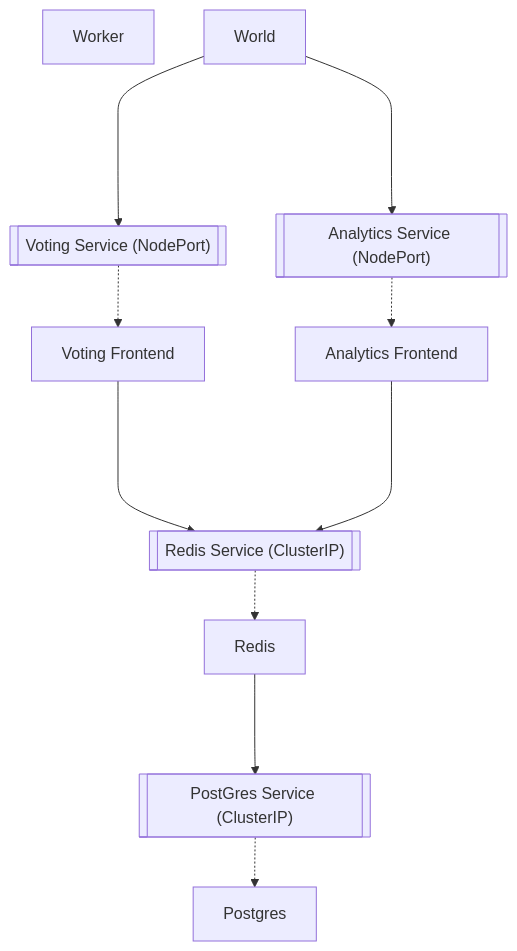
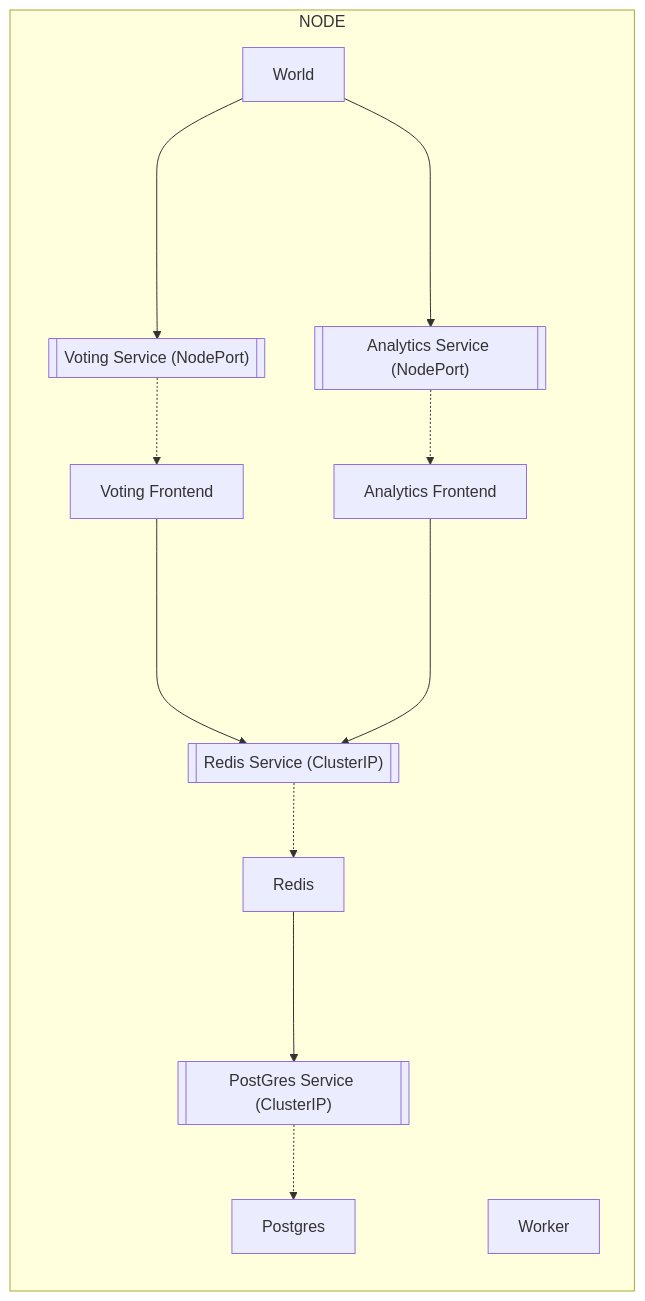
Before and after one commit to imagineLife/big-site: the diagram in content/k8s/from-docker-to-k8s.md, drawn with Mermaid. The commit also changed other lines of this file, not shown here.

````diff
--- a/content/k8s/from-docker-to-k8s.md
+++ b/content/k8s/from-docker-to-k8s.md
@@ -125,38 +125,44 @@
 ```mermaid
 flowchart
   direction TB
   
   
   %%  
   %% NODES
   %% 
   FEPOD["Voting Frontend"]
   RDPOD["Redis"]
   WKPOD["Worker"]
   DBPOD["Postgres"]
   F2POD["Analytics Frontend"]
   WRLD["World"]
 
   %%  
   %% Services
   %% 
   PGS[["PostGres Service (ClusterIP)"]]
   RDS[["Redis Service (ClusterIP)"]]
   RSS[["Analytics Service (NodePort)"]]
   VTS[["Voting Service (NodePort)"]]
 
-  WRLD ----> VTS
-  WRLD ----> RSS
 
-  VTS -.-> FEPOD
-  RSS -.-> F2POD
+  subgraph NODE
+    direction TB
+    WRLD ----> VTS
+    WRLD ----> RSS
 
-  FEPOD ----> RDS
-  F2POD ----> RDS
+    VTS -.-> FEPOD
+    RSS -.-> F2POD
 
-  RDS -.-> RDPOD
+    FEPOD ----> RDS
+    F2POD ----> RDS
 
-  RDPOD ---> PGS
-  PGS -.-> DBPOD
+    RDS -.-> RDPOD
+
+    RDPOD ---> PGS
+    PGS -.-> DBPOD
+
+    WKPOD
+  end
 
 ```
````
